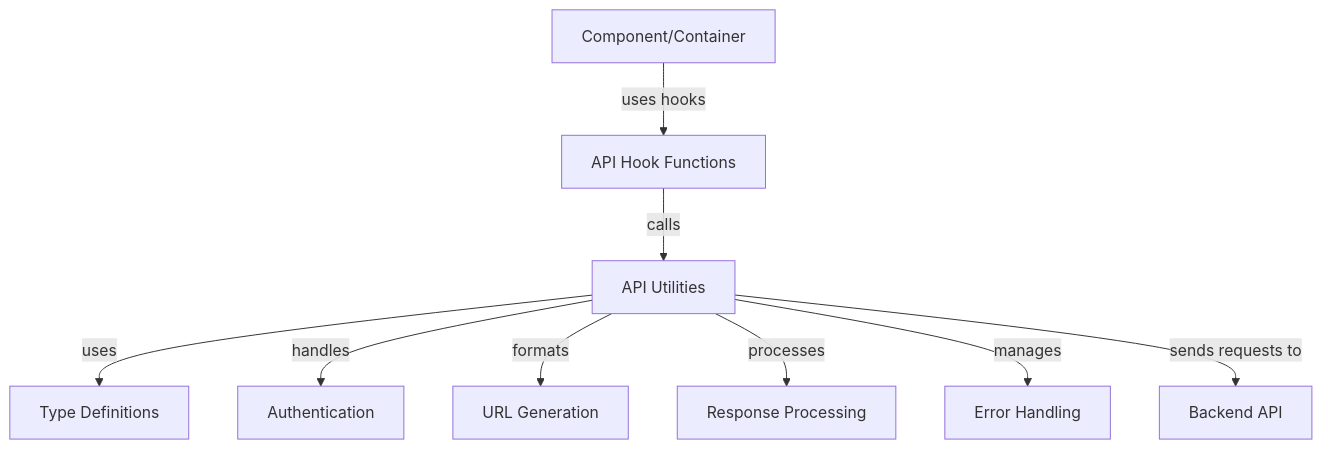
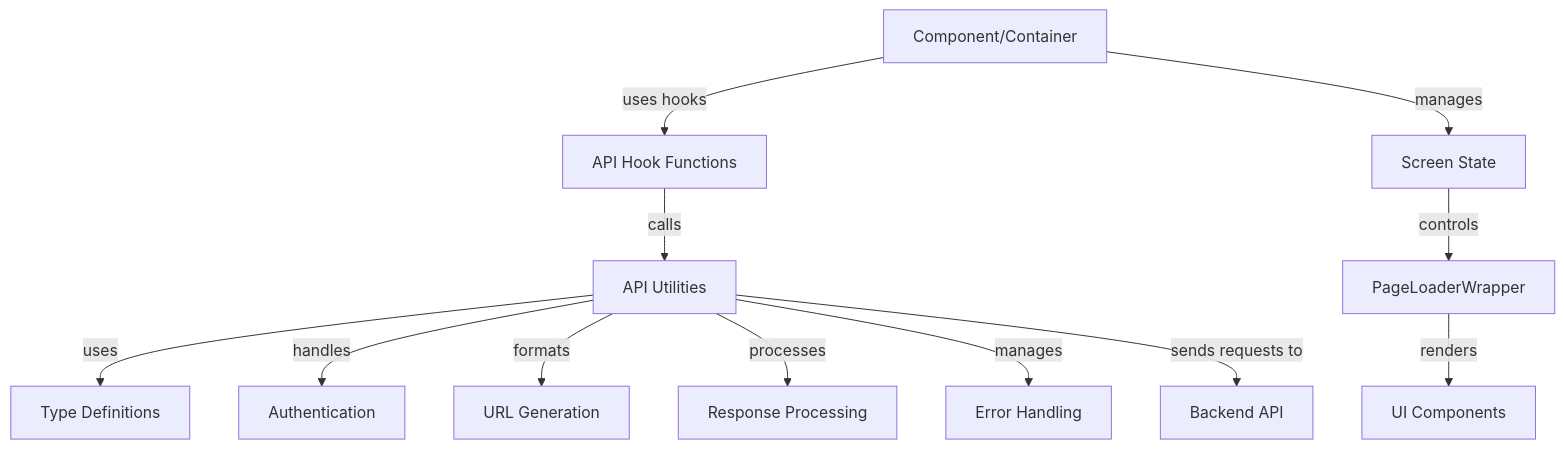
The diagram in memory-bank/thematic/rescript/apiCallStructure.md (juspay/hyperswitch-control-center), drawn with Mermaid before and after one commit. The commit also changed other lines of this file and 8 other files, not shown here.

Commit message:
chore: updated memory bank for creating page with table and charts

````diff
--- a/memory-bank/thematic/rescript/apiCallStructure.md
+++ b/memory-bank/thematic/rescript/apiCallStructure.md
@@ -9,11 +9,14 @@
 ```mermaid
 graph TD
     Component[Component/Container] -->|uses hooks| APIHooks[API Hook Functions]
+    Component -->|manages| ScreenState[Screen State]
     APIHooks -->|calls| APIUtils[API Utilities]
     APIUtils -->|uses| Types[Type Definitions]
     APIUtils -->|handles| Auth[Authentication]
     APIUtils -->|formats| URLs[URL Generation]
     APIUtils -->|processes| Responses[Response Processing]
     APIUtils -->|manages| Errors[Error Handling]
     APIUtils -->|sends requests to| Backend[Backend API]
+    ScreenState -->|controls| PageLoaderWrapper[PageLoaderWrapper]
+    PageLoaderWrapper -->|renders| UI[UI Components]
 ```
````
